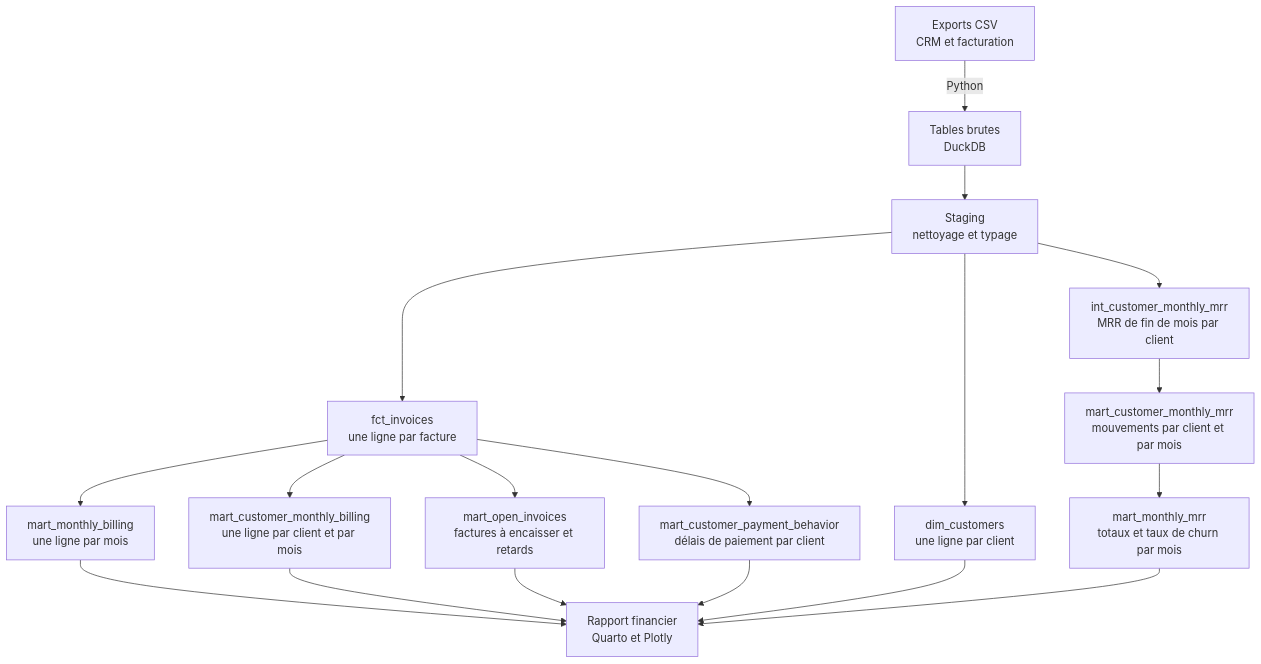
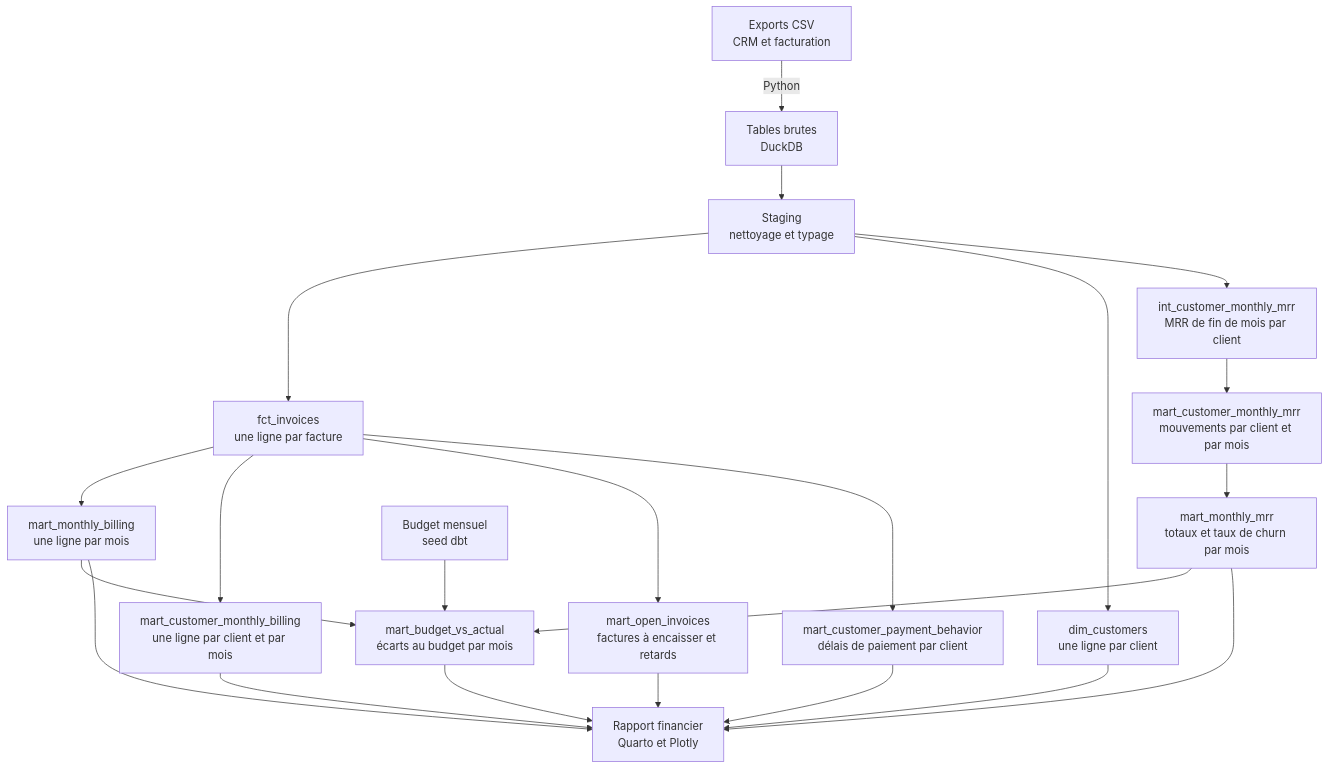
Before and after one commit to MelvinBrdt/saas-revenue-analytics: the diagram in README.md, drawn with Mermaid. The commit also changed other lines of this file, not shown here.

Commit message:
docs: add the budget to README

````diff
--- a/README.md
+++ b/README.md
@@ -99,15 +116,17 @@
 ```mermaid
 flowchart TD
     A[Exports CSV<br>CRM et facturation] -->|Python| B[Tables brutes<br>DuckDB]
     B --> C[Staging<br>nettoyage et typage]
     C --> D[fct_invoices<br>une ligne par facture]
     D --> E[mart_monthly_billing<br>une ligne par mois]
     D --> F[mart_customer_monthly_billing<br>une ligne par client et par mois]
     C --> J[dim_customers<br>une ligne par client]
     C --> G[int_customer_monthly_mrr<br>MRR de fin de mois par client]
     G --> H[mart_customer_monthly_mrr<br>mouvements par client et par mois]
     H --> I[mart_monthly_mrr<br>totaux et taux de churn par mois]
     D --> L[mart_open_invoices<br>factures à encaisser et retards]
     D --> M[mart_customer_payment_behavior<br>délais de paiement par client]
-    E & F & I & J & L & M --> K[Rapport financier<br>Quarto et Plotly]
+    N[Budget mensuel<br>seed dbt] --> O[mart_budget_vs_actual<br>écarts au budget par mois]
+    E & I --> O
+    E & F & I & J & L & M & O --> K[Rapport financier<br>Quarto et Plotly]
 ```
````
